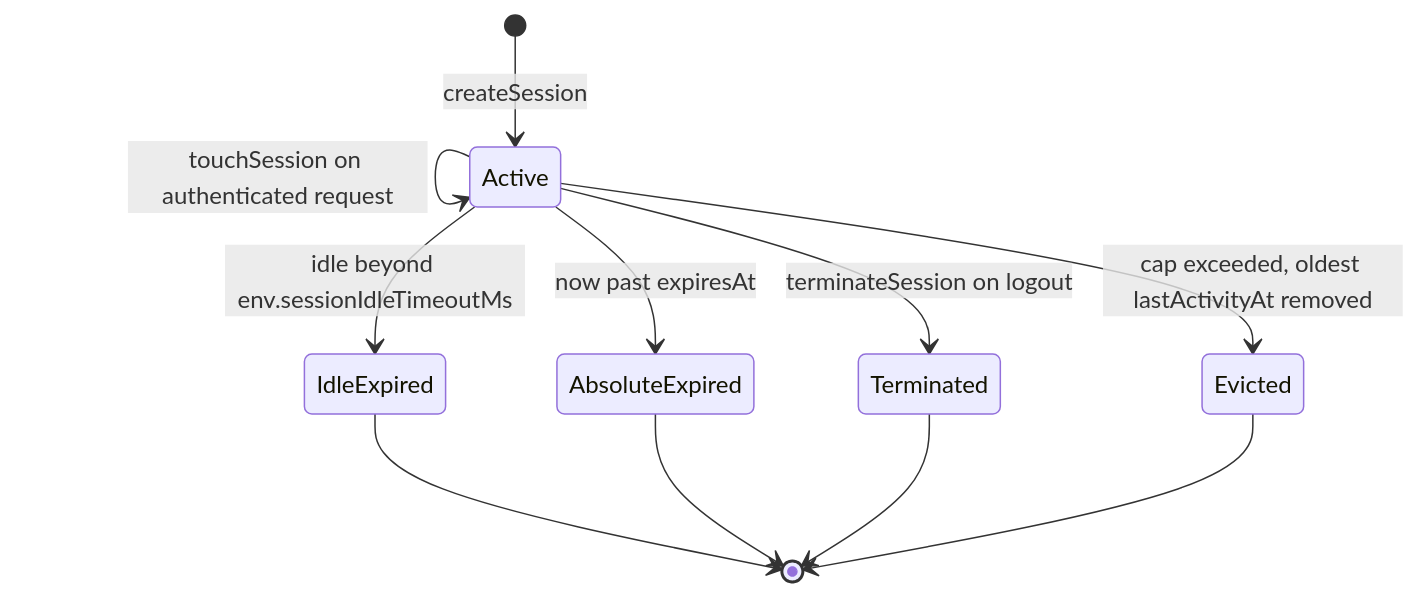
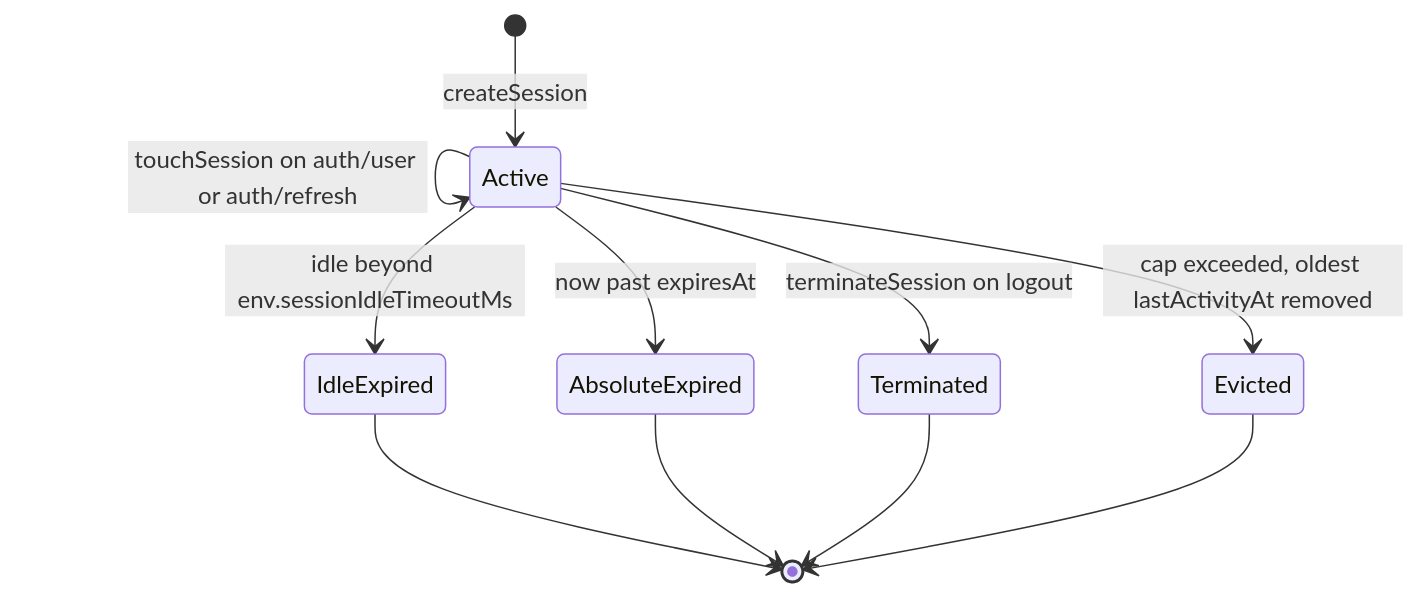
One commit to jumbleknot/MovieCollectionManager changed the diagram in openwiki/gotchas/session-lifecycle-and-eviction.md. Above: the diagram before and after it, drawn with Mermaid. The commit also changed other lines of this file and 3 other files, not shown here.

````diff
--- a/openwiki/gotchas/session-lifecycle-and-eviction.md
+++ b/openwiki/gotchas/session-lifecycle-and-eviction.md
@@ -98,13 +98,13 @@
 ```mermaid
 stateDiagram-v2
   [*] --> Active: createSession
-  Active --> Active: touchSession on authenticated request
+  Active --> Active: touchSession on auth/user or auth/refresh
   Active --> IdleExpired: idle beyond env.sessionIdleTimeoutMs
   Active --> AbsoluteExpired: now past expiresAt
   Active --> Terminated: terminateSession on logout
   Active --> Evicted: cap exceeded, oldest lastActivityAt removed
   IdleExpired --> [*]
   AbsoluteExpired --> [*]
   Terminated --> [*]
   Evicted --> [*]
 ```
````
